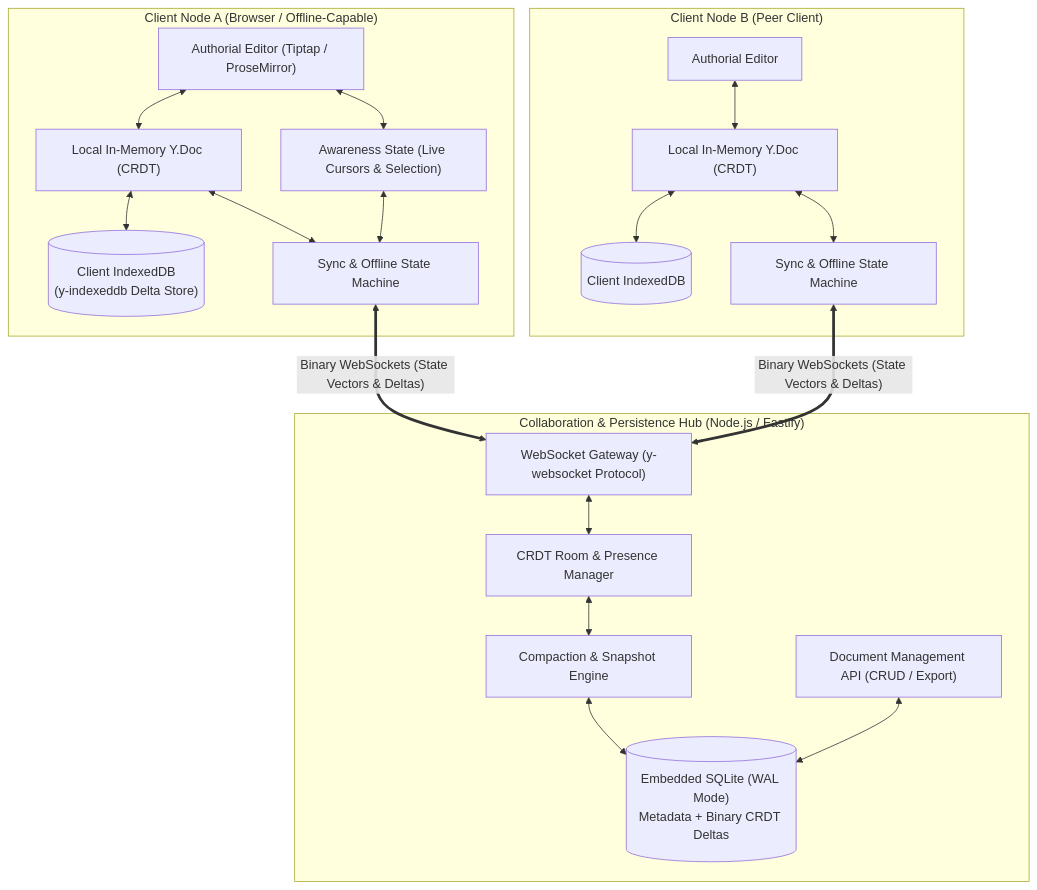
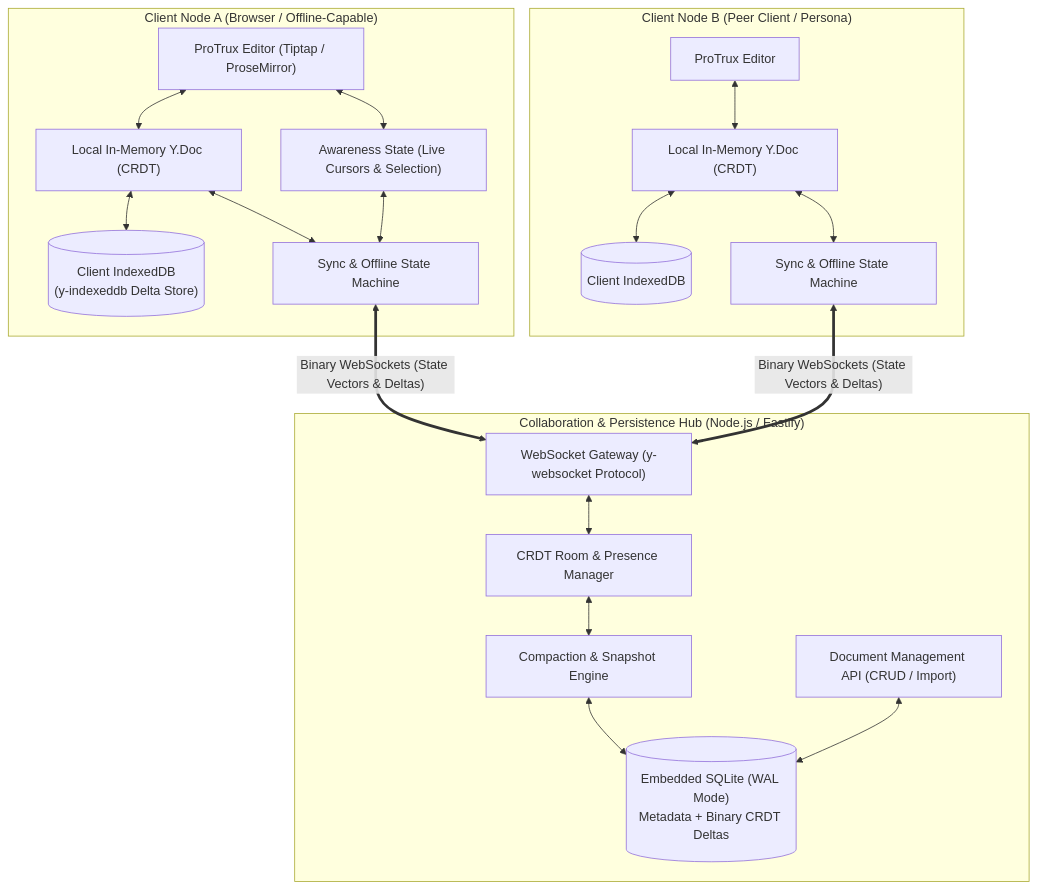
One commit to sevara-s/ProTrux-docs changed the first of 2 diagrams in README.md. Above: the diagram before and after it, drawn with Mermaid. The commit also changed other lines of this file and 10 other files, not shown here.

Commit message:
feat(design-system): ProTrux Editorial design system, cohesive toolbar/dashboard/modals, and submission README

````diff
--- a/README.md
+++ b/README.md
@@ -26,43 +28,43 @@
 ```mermaid
 flowchart TB
     subgraph Browser_A ["Client Node A (Browser / Offline-Capable)"]
-        Editor_A["Authorial Editor (Tiptap / ProseMirror)"]
+        Editor_A["ProTrux Editor (Tiptap / ProseMirror)"]
         YDoc_A["Local In-Memory Y.Doc (CRDT)"]
         Awareness_A["Awareness State (Live Cursors & Selection)"]
         IDB_A[("Client IndexedDB\n(y-indexeddb Delta Store)")]
         Sync_A["Sync & Offline State Machine"]
 
         Editor_A <--> YDoc_A
         Editor_A <--> Awareness_A
         YDoc_A <--> IDB_A
         YDoc_A <--> Sync_A
         Awareness_A <--> Sync_A
     end
 
-    subgraph Browser_B ["Client Node B (Peer Client)"]
-        Editor_B["Authorial Editor"]
+    subgraph Browser_B ["Client Node B (Peer Client / Persona)"]
+        Editor_B["ProTrux Editor"]
         YDoc_B["Local In-Memory Y.Doc (CRDT)"]
         IDB_B[("Client IndexedDB")]
         Sync_B["Sync & Offline State Machine"]
 
         Editor_B <--> YDoc_B
         YDoc_B <--> IDB_B
         YDoc_B <--> Sync_B
     end
 
     subgraph Server ["Collaboration & Persistence Hub (Node.js / Fastify)"]
         WSS["WebSocket Gateway (y-websocket Protocol)"]
         RoomHub["CRDT Room & Presence Manager"]
         CompactionEngine["Compaction & Snapshot Engine"]
-        REST["Document Management API (CRUD / Export)"]
+        REST["Document Management API (CRUD / Import)"]
         DB[("Embedded SQLite (WAL Mode)\nMetadata + Binary CRDT Deltas")]
 
         WSS <--> RoomHub
         RoomHub <--> CompactionEngine
         CompactionEngine <--> DB
         REST <--> DB
     end
 
     Sync_A <== "Binary WebSockets (State Vectors & Deltas)" ==> WSS
     Sync_B <== "Binary WebSockets (State Vectors & Deltas)" ==> WSS
 ```
````
